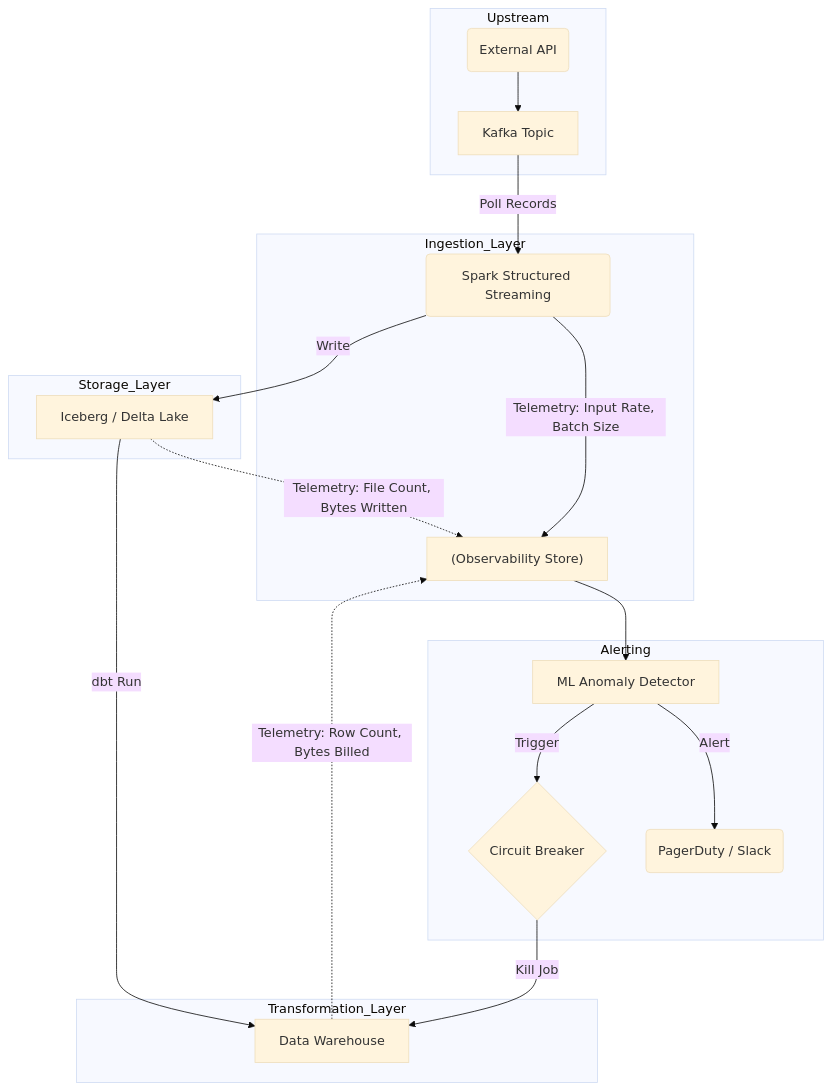
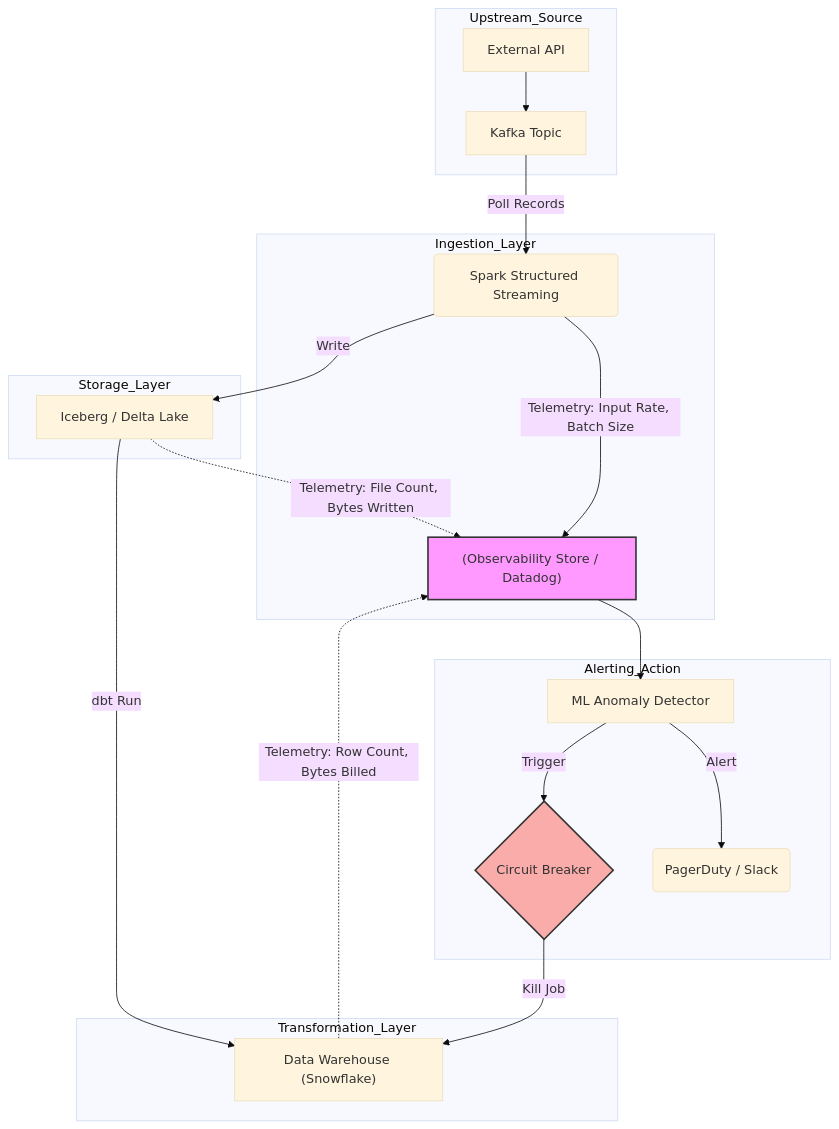
Before and after one commit to kythuatdulieu/kythuatdulieu.github.io: the diagram in src/content/docs/concepts/7-dataops-orchestration-quality/volume-anomalies.md, drawn with Mermaid (base theme). The commit also changed other lines of this file and 213 other files, not shown here.

Commit message:
Fix syntax and rewrite 200+ concepts docs to deep-dive system architecture and add GA4 tracking to quiz app

````diff
--- a/src/content/docs/concepts/7-dataops-orchestration-quality/volume-anomalies.md
+++ b/src/content/docs/concepts/7-dataops-orchestration-quality/volume-anomalies.md
@@ -39,28 +41,31 @@
 ```mermaid
 graph TD
-    subgraph Upstream
-        API("External API") --> K["Kafka Topic"]
+    subgraph Upstream_Source
+        API["External API"] --> K["Kafka Topic"]
     end
 
     subgraph Ingestion_Layer
         K -->|Poll Records| S("Spark Structured Streaming")
-        S -->|Telemetry: Input Rate, Batch Size| Metastore["(Observability Store)"]
+        S -->|Telemetry: Input Rate, Batch Size| Metastore["(Observability Store / Datadog)"]
     end
 
     subgraph Storage_Layer
         S -->|Write| Iceberg["Iceberg / Delta Lake"]
         Iceberg -.->|Telemetry: File Count, Bytes Written| Metastore
     end
 
     subgraph Transformation_Layer
-        Iceberg -->|dbt Run| DWH["Data Warehouse"]
+        Iceberg -->|dbt Run| DWH["Data Warehouse (Snowflake)"]
         DWH -.->|Telemetry: Row Count, Bytes Billed| Metastore
     end
 
-    subgraph Alerting
+    subgraph Alerting_Action
         Metastore --> ML["ML Anomaly Detector"]
         ML -->|Alert| PagerDuty("PagerDuty / Slack")
         ML -->|Trigger| CB{"Circuit Breaker"}
         CB -->|Kill Job| DWH
     end
+    
+    style Metastore fill:#f9f,stroke:#333,stroke-width:2px
+    style CB fill:#f9acaa,stroke:#333,stroke-width:2px
 ```
````
